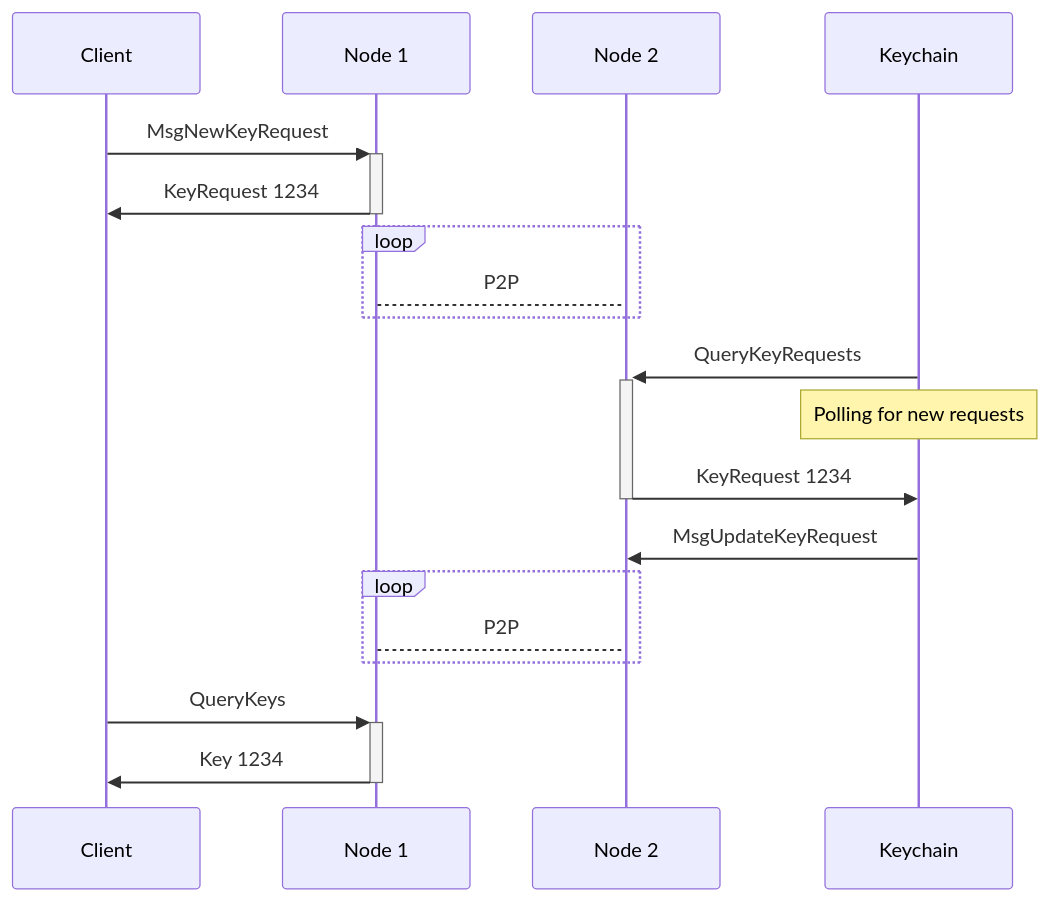
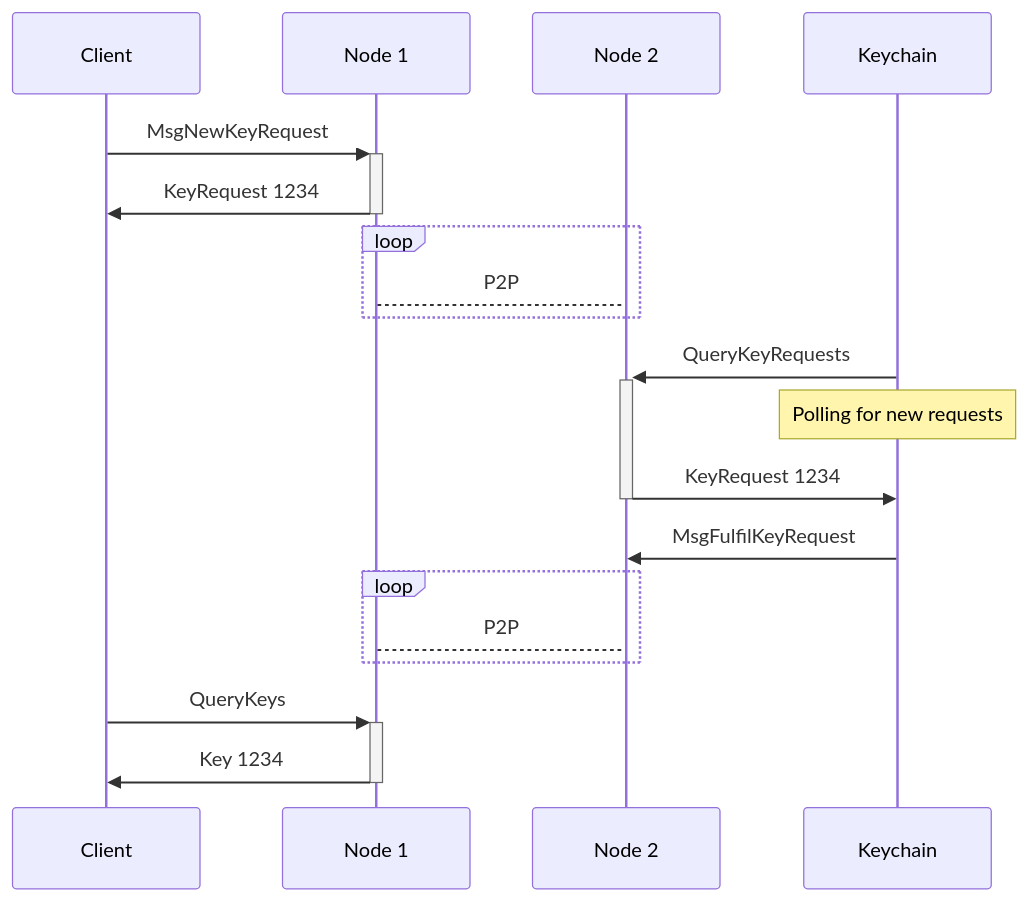
The first of 2 diagrams in docs/docs/learn/request-flow.md (warden-protocol/wardenprotocol), drawn with Mermaid before and after one commit. The commit also changed other lines of this file and 2 other files, not shown here.

````diff
--- a/docs/docs/learn/request-flow.md
+++ b/docs/docs/learn/request-flow.md
@@ -65,21 +65,21 @@
 ```mermaid
 sequenceDiagram
     Client->>+Node 1: MsgNewKeyRequest
     Node 1->>-Client: KeyRequest 1234
 
     loop
         Node 1-->Node 2: P2P
     end
 
     Keychain->>+Node 2: QueryKeyRequests
     note over Keychain: Polling for new requests
     Node 2->>-Keychain: KeyRequest 1234
-    Keychain->>Node 2: MsgUpdateKeyRequest
+    Keychain->>Node 2: MsgFulfilKeyRequest
 
     loop
         Node 1-->Node 2: P2P
     end
 
     Client->>+Node 1: QueryKeys
     Node 1->>-Client: Key 1234
 ```
````
